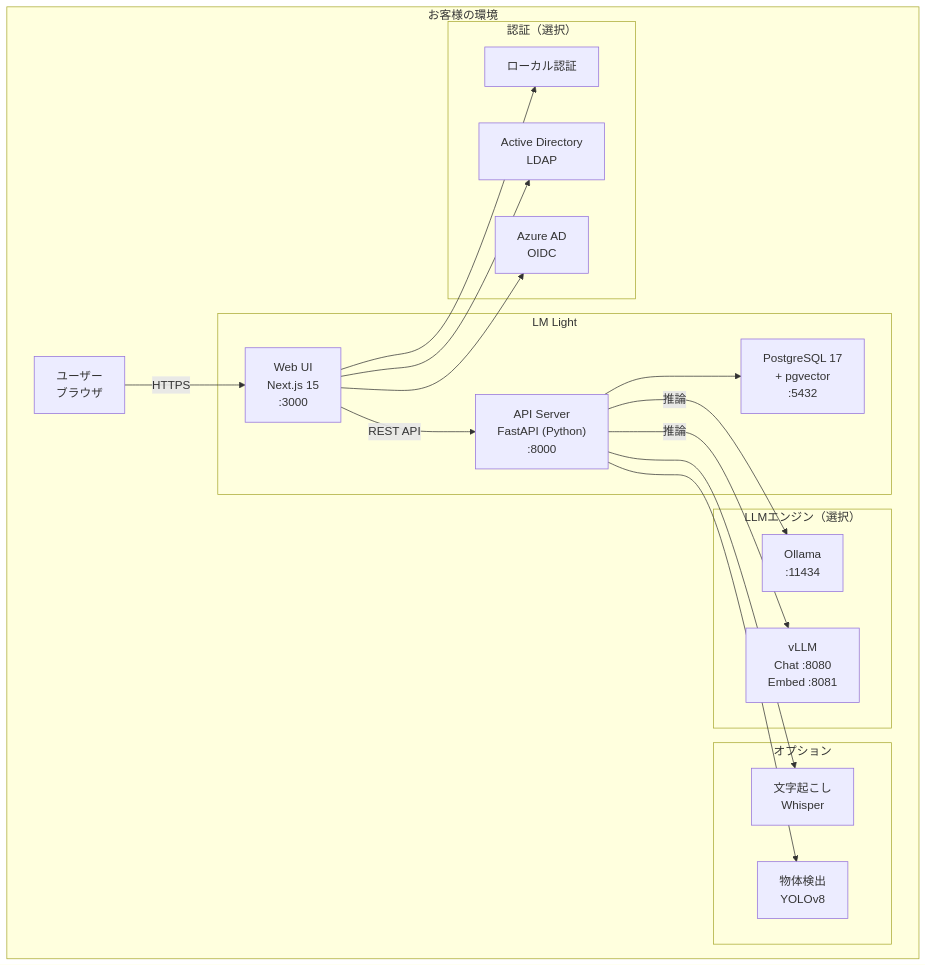
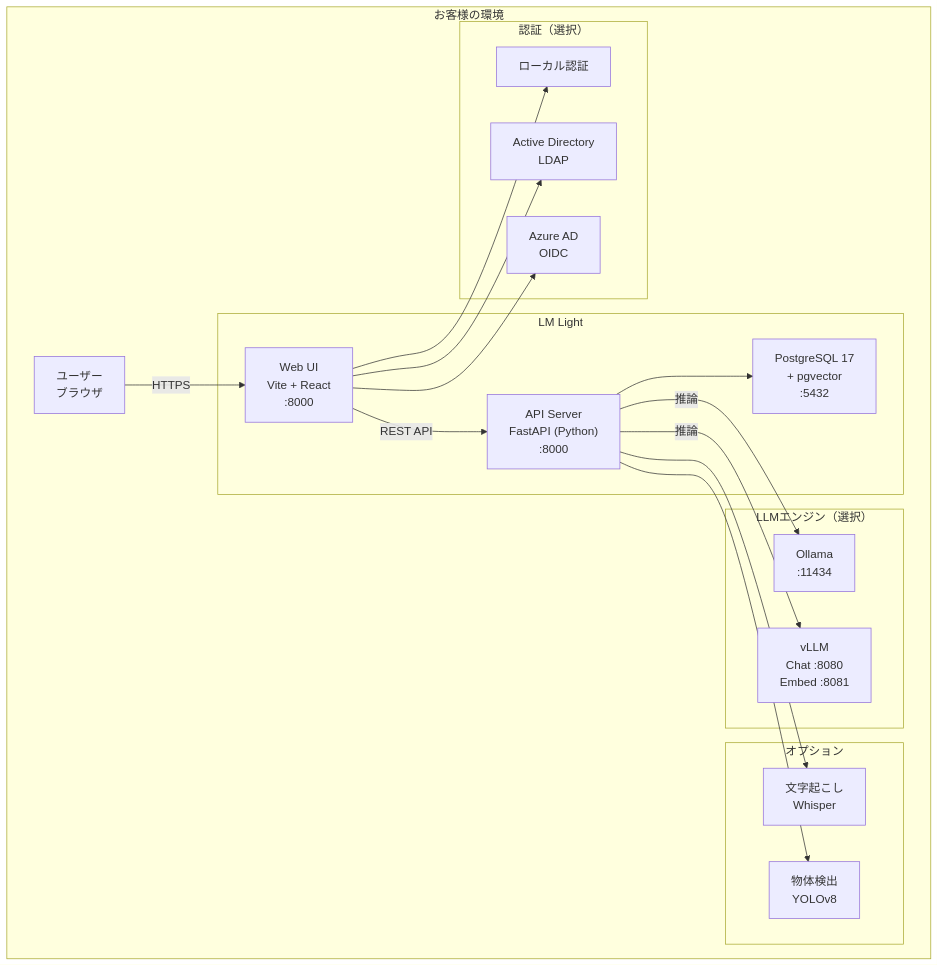
Before and after one commit to lmlight-app/dist_vite: the first of 5 diagrams in docs/technical/SYSTEM_ARCHITECTURE.md, drawn with Mermaid. The commit also changed other lines of this file and 20 other files, not shown here.

````diff
--- a/docs/technical/SYSTEM_ARCHITECTURE.md
+++ b/docs/technical/SYSTEM_ARCHITECTURE.md
@@ -13,39 +13,39 @@
 ```mermaid
 graph TB
     subgraph "お客様の環境"
         User["ユーザー<br/>ブラウザ"]
 
         subgraph "LM Light"
-            Web["Web UI<br/>Next.js 15<br/>:3000"]
+            Web["Web UI<br/>Vite + React<br/>:8000"]
             API["API Server<br/>FastAPI (Python)<br/>:8000"]
             DB["PostgreSQL 17<br/>+ pgvector<br/>:5432"]
         end
 
         subgraph "LLMエンジン（選択）"
             Ollama["Ollama<br/>:11434"]
             vLLM["vLLM<br/>Chat :8080<br/>Embed :8081"]
         end
 
         subgraph "オプション"
             Whisper["文字起こし<br/>Whisper"]
             YOLO["物体検出<br/>YOLOv8"]
         end
 
         subgraph "認証（選択）"
             Local["ローカル認証"]
             AD["Active Directory<br/>LDAP"]
             Azure["Azure AD<br/>OIDC"]
         end
 
         User -->|HTTPS| Web
         Web -->|REST API| API
         API --> DB
         API -->|推論| Ollama
         API -->|推論| vLLM
         API --> Whisper
         API --> YOLO
         Web --> Local
         Web --> AD
         Web --> Azure
     end
 ```
````
